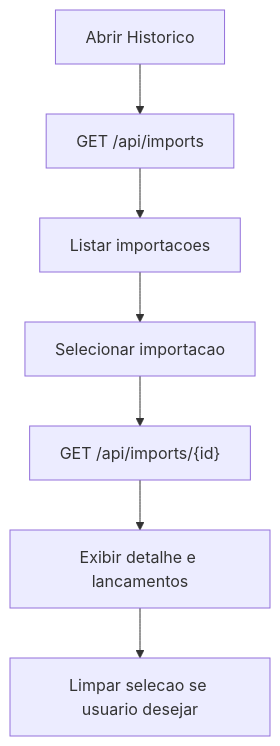
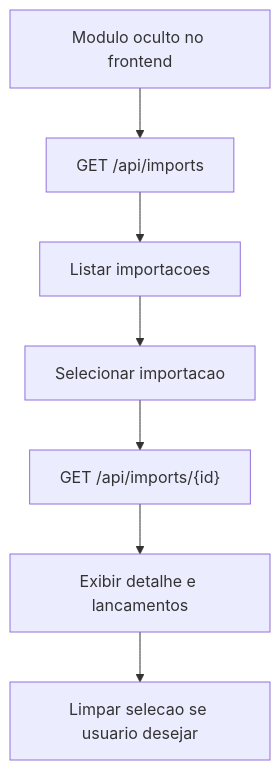
Diagram 12 of 15 in docs/11-diagramas-endpoints-fluxos.md (GiovannaBarbieri/alfred), drawn with Mermaid before and after one commit. The commit also changed other lines of this file and 11 other files, not shown here.

````diff
--- a/docs/11-diagramas-endpoints-fluxos.md
+++ b/docs/11-diagramas-endpoints-fluxos.md
@@ -509,9 +512,9 @@
 ```mermaid
 flowchart TD
-  A["Abrir Historico"] --> B["GET /api/imports"]
+  A["Modulo oculto no frontend"] --> B["GET /api/imports"]
   B --> C["Listar importacoes"]
   C --> D["Selecionar importacao"]
   D --> E["GET /api/imports/{id}"]
   E --> F["Exibir detalhe e lancamentos"]
   F --> G["Limpar selecao se usuario desejar"]
 ```
````
